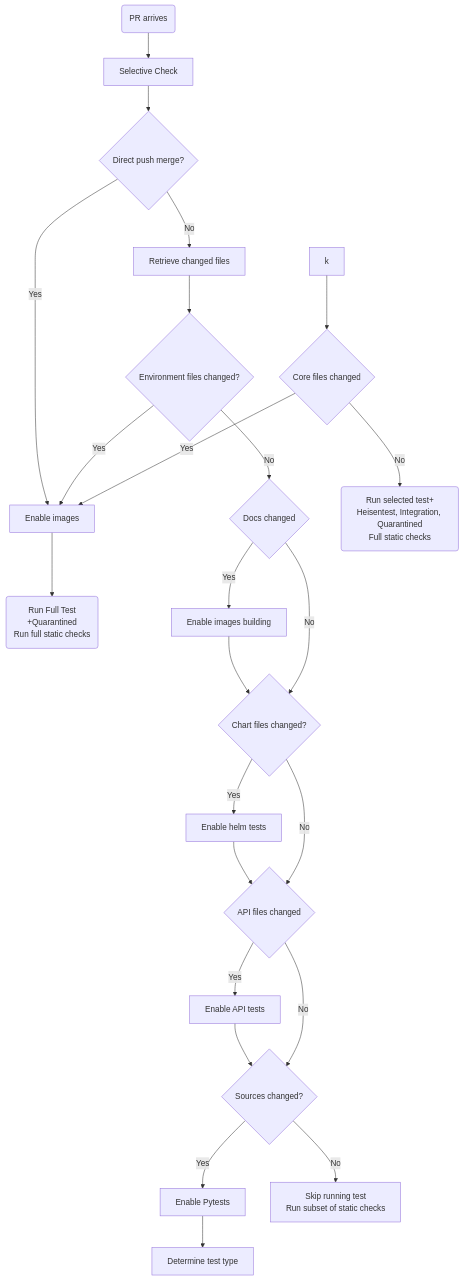
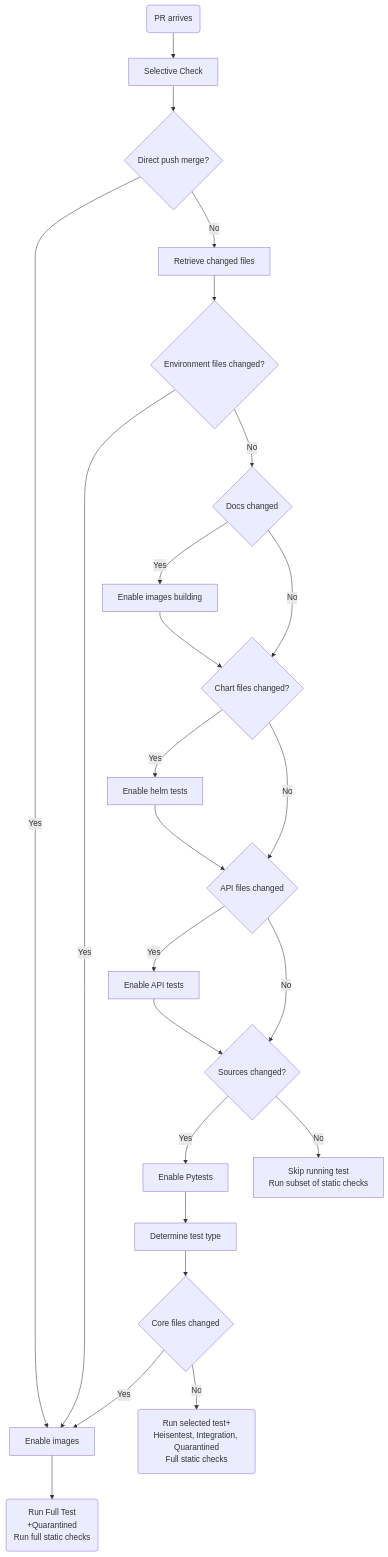
One commit to edithturn/golang-training changed the first of 2 diagrams in README.md. Above: the diagram before and after it, drawn with Mermaid.

Commit message:
sylish graph

````diff
--- a/README.md
+++ b/README.md
@@ -4,26 +4,26 @@
 ```mermaid
 flowchart TD
 A(PR arrives)-->B[Selective Check]
 B-->C{Direct push merge?}
 C-->|Yes| N[Enable images] 
 N-->D(Run Full Test<br />+Quarantined<br />Run full static checks)
 C-->|No| E[Retrieve changed files]
 E-->F{Environment files changed?}
 F-->|Yes| N
 F-->|No| G{Docs changed}
 G-->|Yes| O[Enable images building]
 O-->I{Chart files changed?}
 G-->|No| I
 I-->|Yes| P[Enable helm tests]
 P-->J{API files changed}
 I-->|No| J
 J-->|Yes| Q[Enable API tests]
 Q-->H{Sources changed?}
 J-->|No| H
 H-->|Yes| R[Enable Pytests]
 R-->K[Determine test type]
-k-->S{Core files changed}
+K-->S{Core files changed}
 S-->|Yes| N
 S-->|No| M(Run selected test+<br />Heisentest, Integration, Quarantined<br />Full static checks) 
 H-->|No| L[Skip running test<br />Run subset of static checks]
 ```
````
